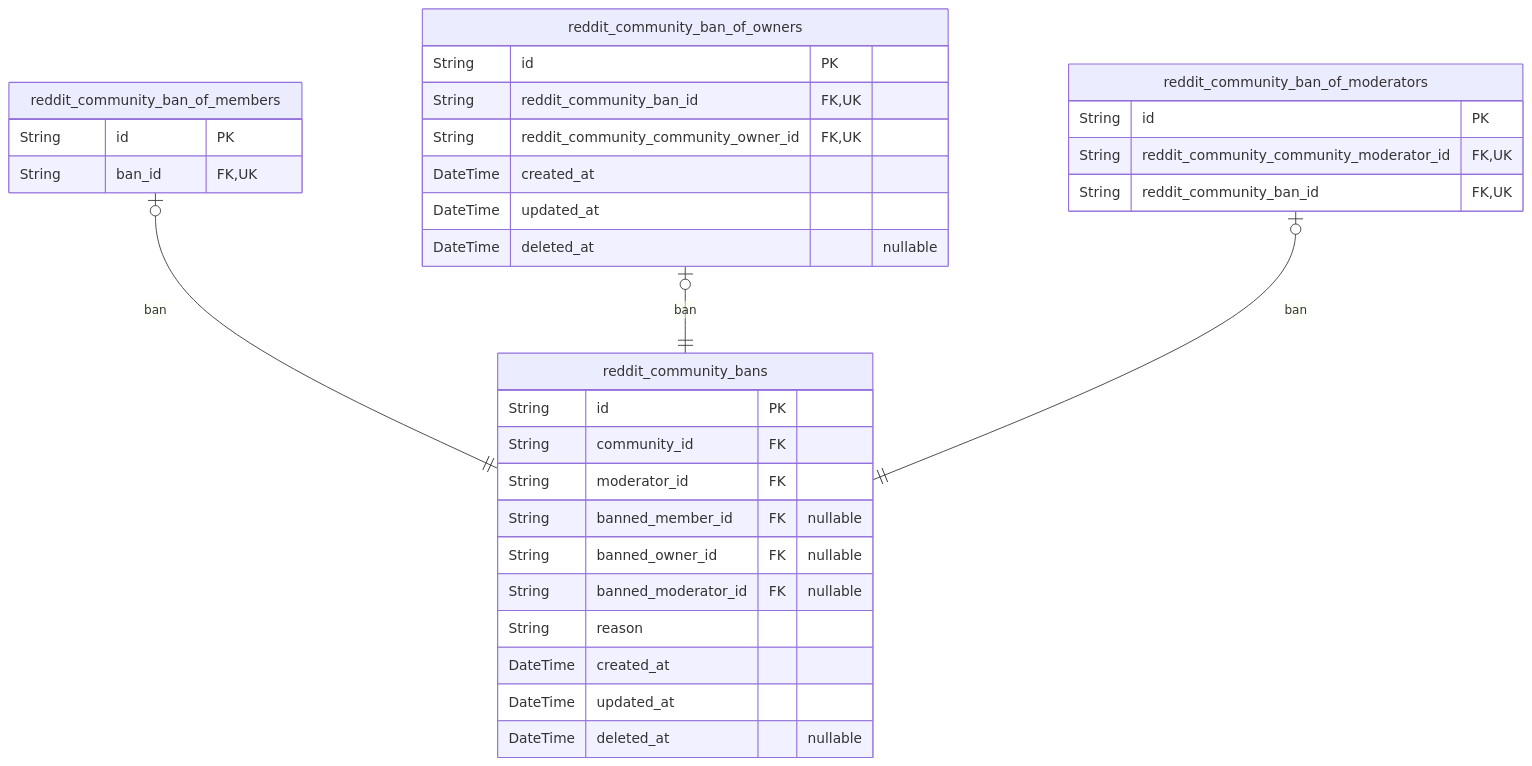
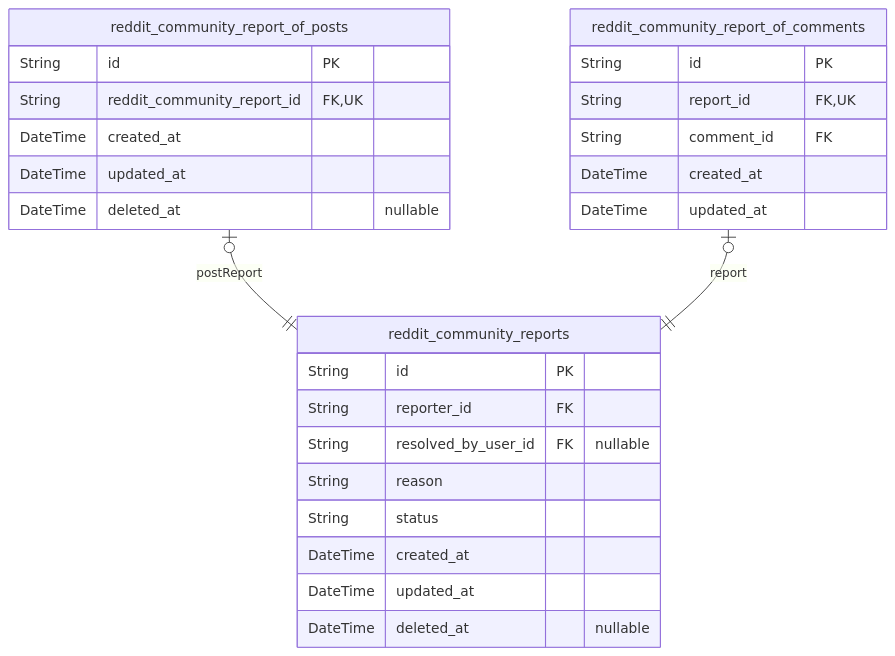
The fifth of 5 diagrams in qwen/qwen3-next-80b-a3b-instruct/reddit/docs/ERD.md (wrtnlabs/autobe-examples), drawn with Mermaid before and after one commit. The commit also changed other lines of this file and 25939 other files, not shown here.

````diff
--- a/qwen/qwen3-next-80b-a3b-instruct/reddit/docs/ERD.md
+++ b/qwen/qwen3-next-80b-a3b-instruct/reddit/docs/ERD.md
@@ -1174,35 +1090,29 @@
 ```mermaid
 erDiagram
-"reddit_community_bans" {
+"reddit_community_reports" {
   String id PK
-  String community_id FK
-  String moderator_id FK
-  String banned_member_id FK "nullable"
-  String banned_owner_id FK "nullable"
-  String banned_moderator_id FK "nullable"
+  String reporter_id FK
+  String resolved_by_user_id FK "nullable"
   String reason
+  String status
   DateTime created_at
   DateTime updated_at
   DateTime deleted_at "nullable"
 }
-"reddit_community_ban_of_members" {
+"reddit_community_report_of_posts" {
   String id PK
-  String ban_id FK,UK
-}
-"reddit_community_ban_of_owners" {
-  String id PK
-  String reddit_community_ban_id FK,UK
-  String reddit_community_community_owner_id FK,UK
+  String reddit_community_report_id FK,UK
   DateTime created_at
   DateTime updated_at
   DateTime deleted_at "nullable"
 }
-"reddit_community_ban_of_moderators" {
+"reddit_community_report_of_comments" {
   String id PK
-  String reddit_community_community_moderator_id FK,UK
-  String reddit_community_ban_id FK,UK
+  String report_id FK,UK
+  String comment_id FK
+  DateTime created_at
+  DateTime updated_at
 }
-"reddit_community_ban_of_members" |o--|| "reddit_community_bans" : ban
-"reddit_community_ban_of_owners" |o--|| "reddit_community_bans" : ban
-"reddit_community_ban_of_moderators" |o--|| "reddit_community_bans" : ban
+"reddit_community_report_of_posts" |o--|| "reddit_community_reports" : postReport
+"reddit_community_report_of_comments" |o--|| "reddit_community_reports" : report
 ```
````
